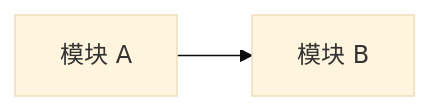
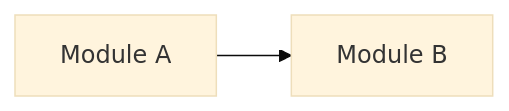
The diagram in templates/diagrams/_TEMPLATE__MODULE.md (RobiNexy/agent-coldstart-scaffold), drawn with Mermaid (base theme) before and after one commit. The commit also changed other lines of this file and 35 other files, not shown here.

````diff
--- a/templates/diagrams/_TEMPLATE__MODULE.md
+++ b/templates/diagrams/_TEMPLATE__MODULE.md
@@ -5,4 +5,4 @@
 ```mermaid
 flowchart LR
-    A["模块 A"] --> B["模块 B"]
+    A["Module A"] --> B["Module B"]
 ```
````
